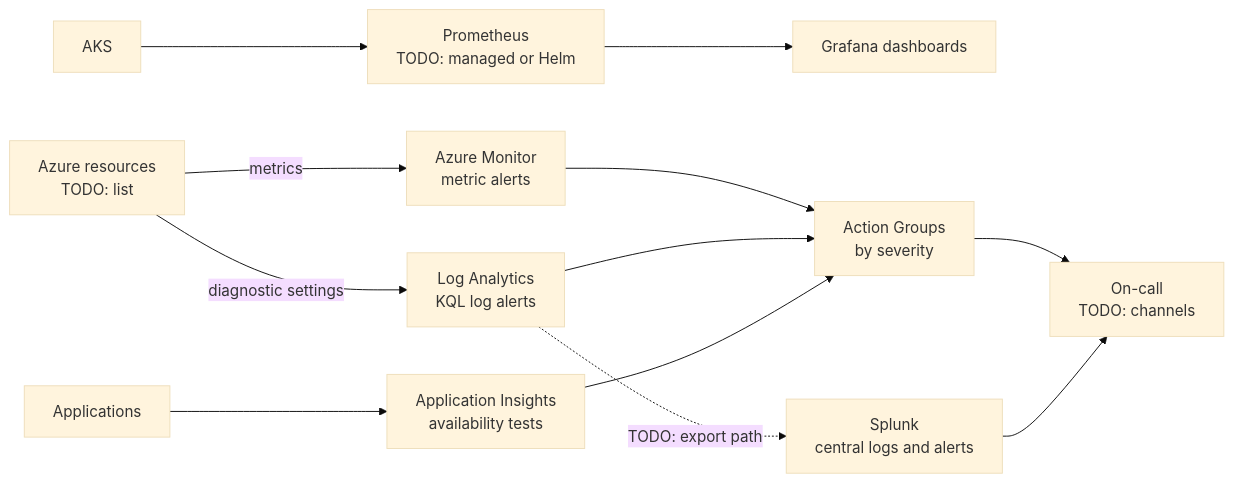
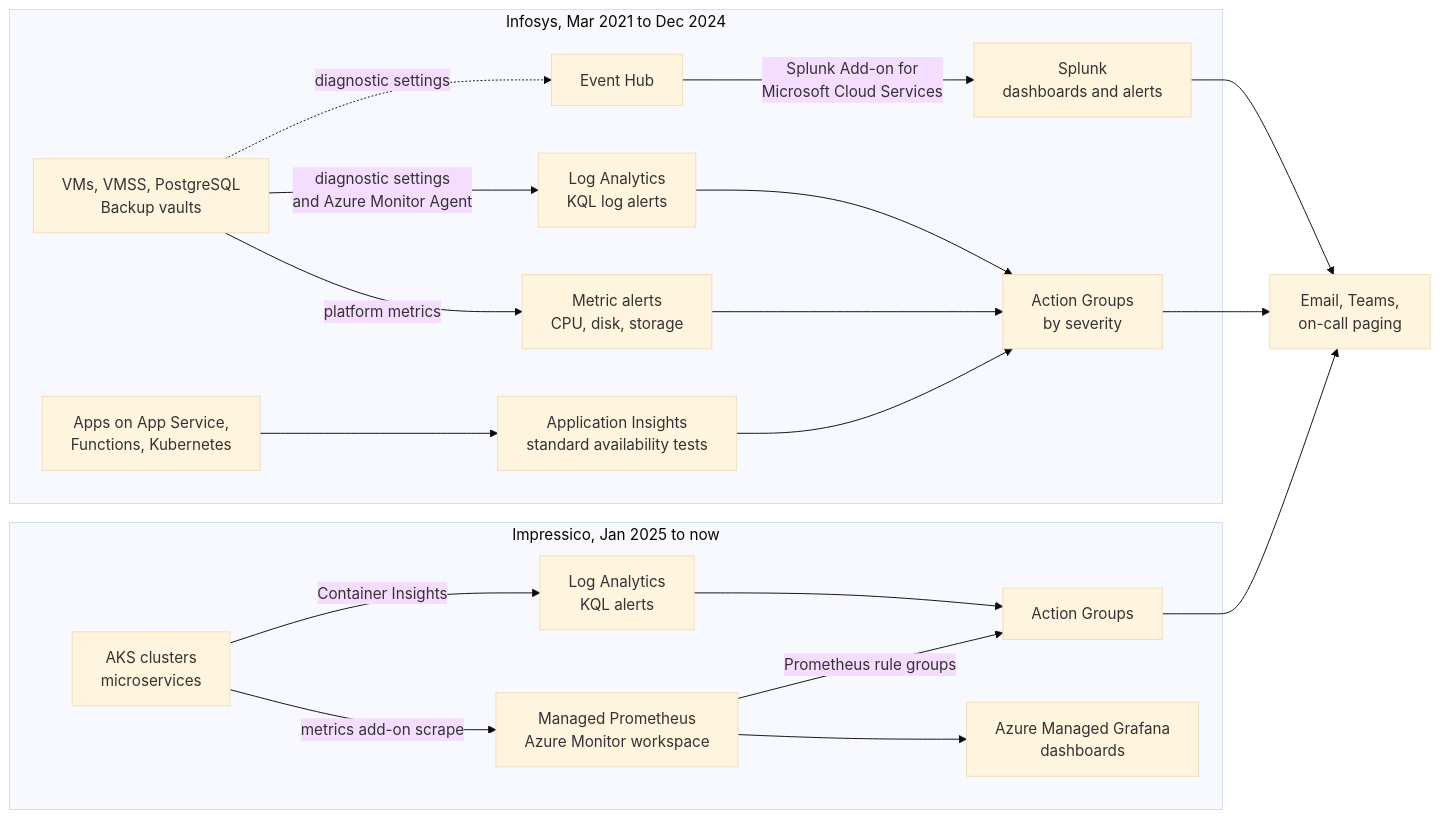
The diagram in my-projects/06-azure-monitoring-and-splunk-alerting.md (SivaKumarMahan/interview-questions), drawn with Mermaid (base theme) before and after one commit. The commit also changed other lines of this file and 13 other files, not shown here.

````diff
--- a/my-projects/06-azure-monitoring-and-splunk-alerting.md
+++ b/my-projects/06-azure-monitoring-and-splunk-alerting.md
@@ -51,14 +51,23 @@
 ```mermaid
 flowchart LR
-    RES["Azure resources<br/>TODO: list"] -->|"metrics"| AM["Azure Monitor<br/>metric alerts"]
-    RES -->|"diagnostic settings"| LA["Log Analytics<br/>KQL log alerts"]
-    APP["Applications"] --> AI["Application Insights<br/>availability tests"]
-    AKS["AKS"] --> PROM["Prometheus<br/>TODO: managed or Helm"]
-    PROM --> GRAF["Grafana dashboards"]
-    AM --> AG["Action Groups<br/>by severity"]
-    LA --> AG
-    AI --> AG
-    LA -.->|"TODO: export path"| SPL["Splunk<br/>central logs and alerts"]
-    AG --> ONCALL["On-call<br/>TODO: channels"]
-    SPL --> ONCALL
+    subgraph INF["Infosys, Mar 2021 to Dec 2024"]
+        RES["VMs, VMSS, PostgreSQL<br/>Backup vaults"] -->|"platform metrics"| MA["Metric alerts<br/>CPU, disk, storage"]
+        RES -->|"diagnostic settings<br/>and Azure Monitor Agent"| LA["Log Analytics<br/>KQL log alerts"]
+        APP["Apps on App Service,<br/>Functions, Kubernetes"] --> AI["Application Insights<br/>standard availability tests"]
+        RES -.->|"diagnostic settings"| EH["Event Hub"]
+        EH -->|"Splunk Add-on for<br/>Microsoft Cloud Services"| SPL["Splunk<br/>dashboards and alerts"]
+        MA --> AG["Action Groups<br/>by severity"]
+        LA --> AG
+        AI --> AG
+    end
+    subgraph IMP["Impressico, Jan 2025 to now"]
+        AKS["AKS clusters<br/>microservices"] -->|"metrics add-on scrape"| PROM["Managed Prometheus<br/>Azure Monitor workspace"]
+        PROM --> GRAF["Azure Managed Grafana<br/>dashboards"]
+        AKS -->|"Container Insights"| LA2["Log Analytics<br/>KQL alerts"]
+        PROM -->|"Prometheus rule groups"| AG2["Action Groups"]
+        LA2 --> AG2
+    end
+    AG --> ONC["Email, Teams,<br/>on-call paging"]
+    AG2 --> ONC
+    SPL --> ONC
 ```
````
